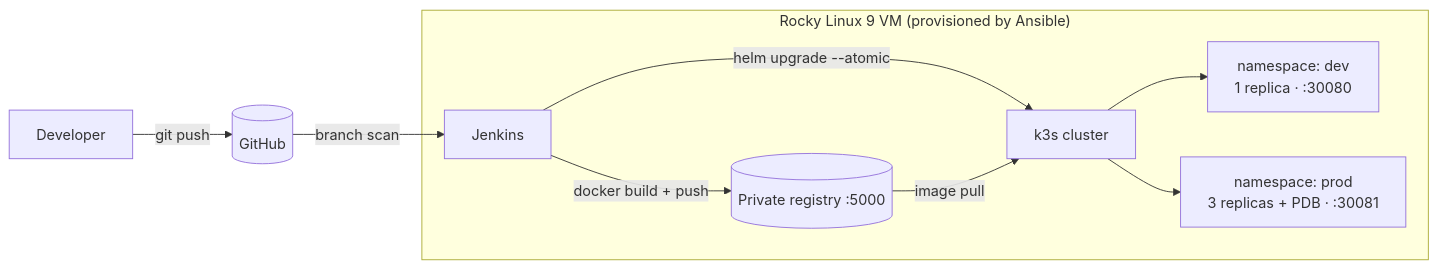
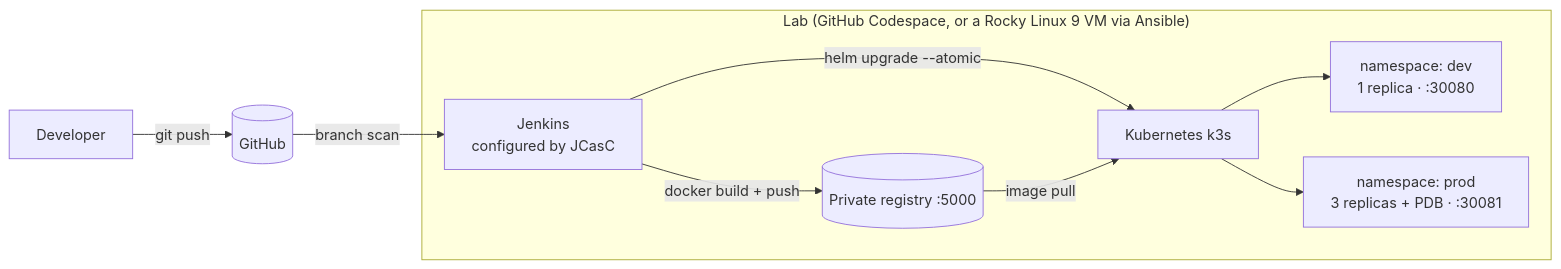
The diagram in README.md (arselinda-byberi/hello-devops), drawn with Mermaid before and after one commit. The commit also changed other lines of this file and 11 other files, not shown here.

Commit message:
Run the lab in GitHub Codespaces: k3d, Jenkins with JCasC, infra linting

````diff
--- a/README.md
+++ b/README.md
@@ -18,12 +19,12 @@
 ```mermaid
 flowchart LR
     dev[Developer] -->|git push| gh[(GitHub)]
-    gh -->|branch scan| jenkins[Jenkins]
-    subgraph VM["Rocky Linux 9 VM (provisioned by Ansible)"]
+    gh -->|branch scan| jenkins[Jenkins<br/>configured by JCasC]
+    subgraph LAB["Lab (GitHub Codespace, or a Rocky Linux 9 VM via Ansible)"]
         jenkins -->|docker build + push| reg[(Private registry :5000)]
-        jenkins -->|helm upgrade --atomic| k3s[k3s cluster]
-        reg -->|image pull| k3s
-        k3s --> devns[namespace: dev<br/>1 replica · :30080]
-        k3s --> prodns[namespace: prod<br/>3 replicas + PDB · :30081]
+        jenkins -->|helm upgrade --atomic| k8s[Kubernetes k3s]
+        reg -->|image pull| k8s
+        k8s --> devns[namespace: dev<br/>1 replica · :30080]
+        k8s --> prodns[namespace: prod<br/>3 replicas + PDB · :30081]
     end
 ```
````
